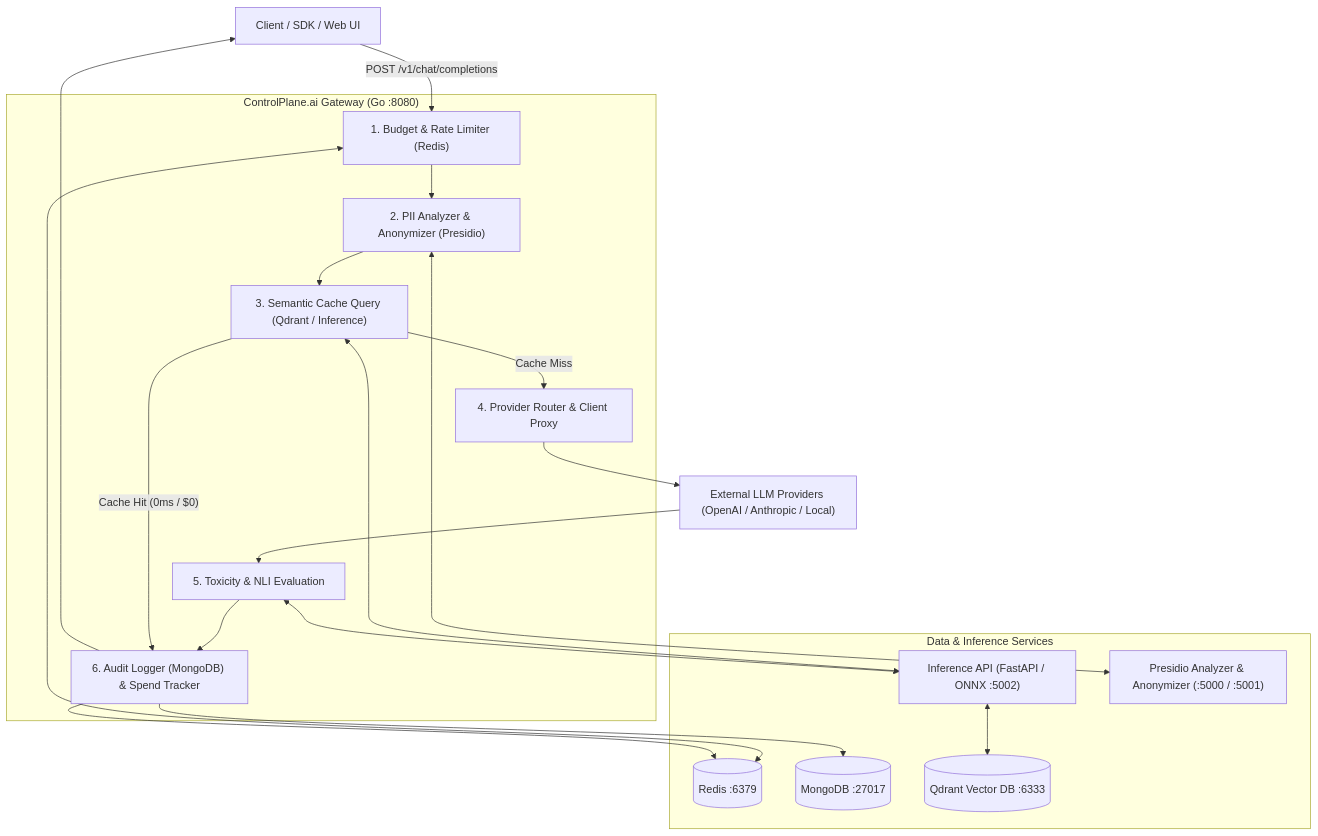
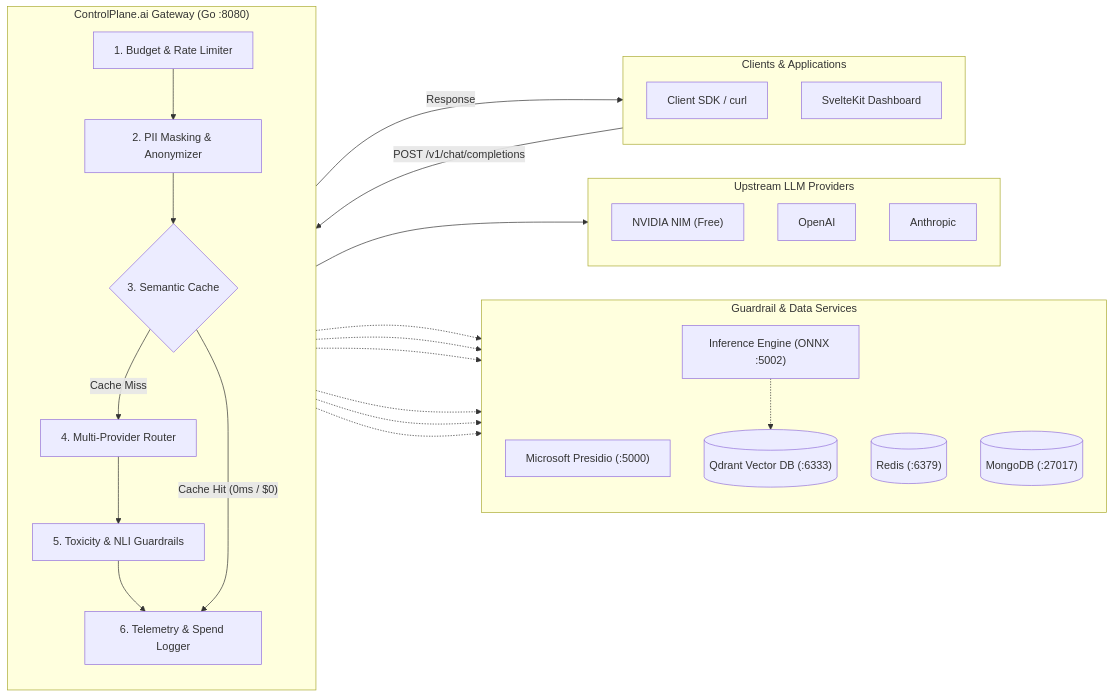
Before and after one commit to AMythicDev/controlplane.ai: the diagram in README.md, drawn with Mermaid.

Commit message:
rework the mermaid diagram

````diff
--- a/README.md
+++ b/README.md
@@ -52,42 +52,50 @@
 ```mermaid
-flowchart TD
-    Client["Client / SDK / Web UI"]
-    
-    subgraph ControlPlaneGateway ["ControlPlane.ai Gateway (Go :8080)"]
-        BudgetCheck["1. Budget & Rate Limiter (Redis)"]
-        PIICheck["2. PII Analyzer & Anonymizer (Presidio)"]
-        CacheCheck["3. Semantic Cache Query (Qdrant / Inference)"]
-        Router["4. Provider Router & Client Proxy"]
-        Guardrails["5. Toxicity & NLI Evaluation"]
-        Logger["6. Audit Logger (MongoDB) & Spend Tracker"]
+flowchart LR
+    subgraph Clients ["Clients & Applications"]
+        direction TB
+        SDK["Client SDK / curl"]
+        UI["SvelteKit Dashboard"]
     end
-    
-    subgraph ExternalServices ["Data & Inference Services"]
-        RedisDB[("Redis :6379")]
-        Mongo[("MongoDB :27017")]
-        QdrantDB[("Qdrant Vector DB :6333")]
-        InferenceSvc["Inference API (FastAPI / ONNX :5002)"]
-        PresidioSvc["Presidio Analyzer & Anonymizer (:5000 / :5001)"]
+
+    subgraph Gateway ["ControlPlane.ai Gateway (Go :8080)"]
+        direction TB
+        G1["1. Budget & Rate Limiter"]
+        G2["2. PII Masking & Anonymizer"]
+        G3{"3. Semantic Cache"}
+        G4["4. Multi-Provider Router"]
+        G5["5. Toxicity & NLI Guardrails"]
+        G6["6. Telemetry & Spend Logger"]
+
+        G1 --> G2 --> G3
+        G3 -->|"Cache Miss"| G4 --> G5 --> G6
+        G3 -->|"Cache Hit (0ms / $0)"| G6
     end
-    
-    LLM["External LLM Providers (OpenAI / Anthropic / Local)"]
 
-    Client -->|"POST /v1/chat/completions"| BudgetCheck
-    BudgetCheck <--> RedisDB
-    BudgetCheck --> PIICheck
-    PIICheck <--> PresidioSvc
-    PIICheck --> CacheCheck
-    CacheCheck <--> InferenceSvc
-    InferenceSvc <--> QdrantDB
-    
-    CacheCheck -->|"Cache Miss"| Router
-    Router --> LLM
-    LLM --> Guardrails
-    Guardrails <--> InferenceSvc
-    Guardrails --> Logger
-    Logger --> Mongo
-    Logger --> RedisDB
-    Logger --> Client
-    
-    CacheCheck -->|"Cache Hit (0ms / $0)"| Logger
+    subgraph Services ["Guardrail & Data Services"]
+        direction TB
+        Presidio["Microsoft Presidio (:5000)"]
+        Inference["Inference Engine (ONNX :5002)"]
+        Qdrant[("Qdrant Vector DB (:6333)")]
+        Redis[("Redis (:6379)")]
+        Mongo[("MongoDB (:27017)")]
+    end
+
+    subgraph Providers ["Upstream LLM Providers"]
+        direction TB
+        NVIDIA["NVIDIA NIM (Free)"]
+        OpenAI["OpenAI"]
+        Anthropic["Anthropic"]
+    end
+
+    Clients -->|"POST /v1/chat/completions"| G1
+    G6 -->|"Response"| Clients
+
+    G1 -.-> Redis
+    G2 -.-> Presidio
+    G3 -.-> Inference
+    Inference -.-> Qdrant
+    G4 --> Providers
+    G5 -.-> Inference
+    G6 -.-> Mongo
+    G6 -.-> Redis
 ```
````
